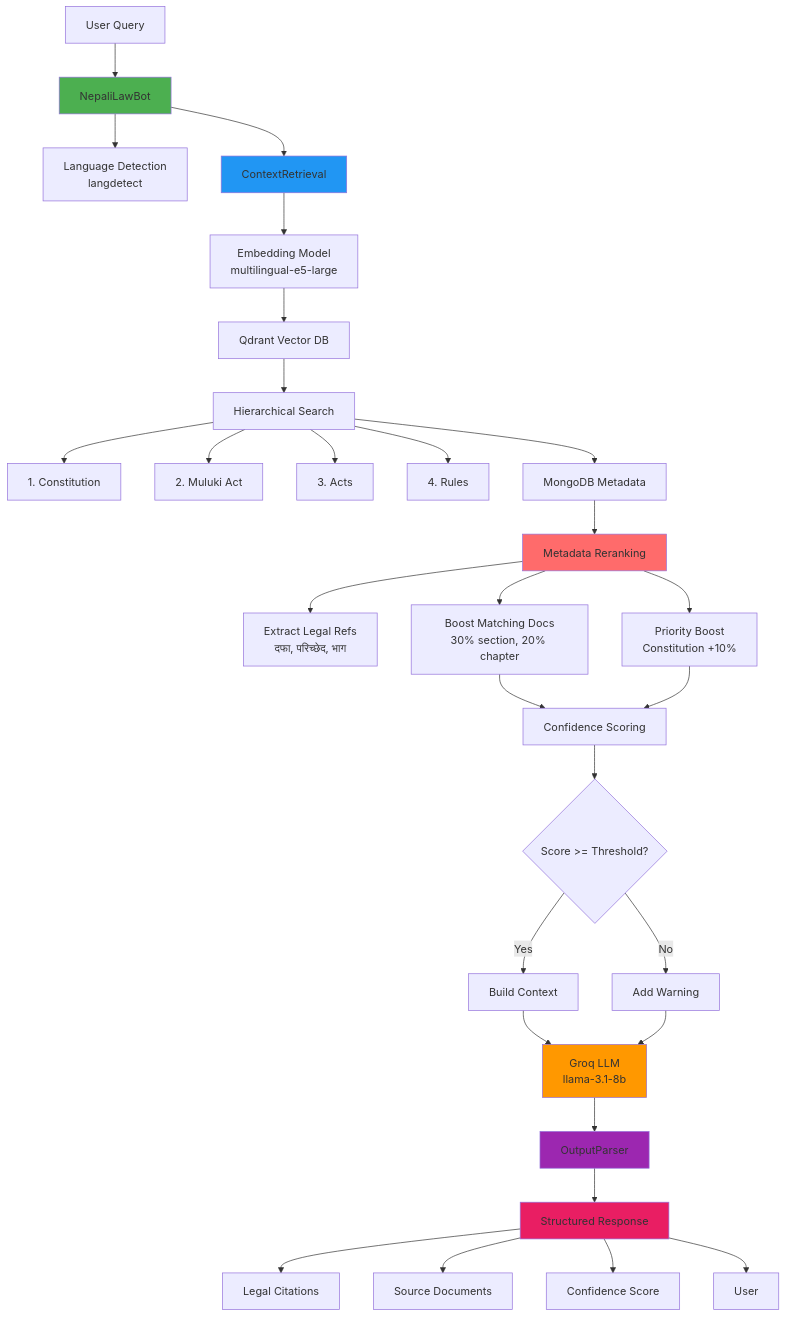
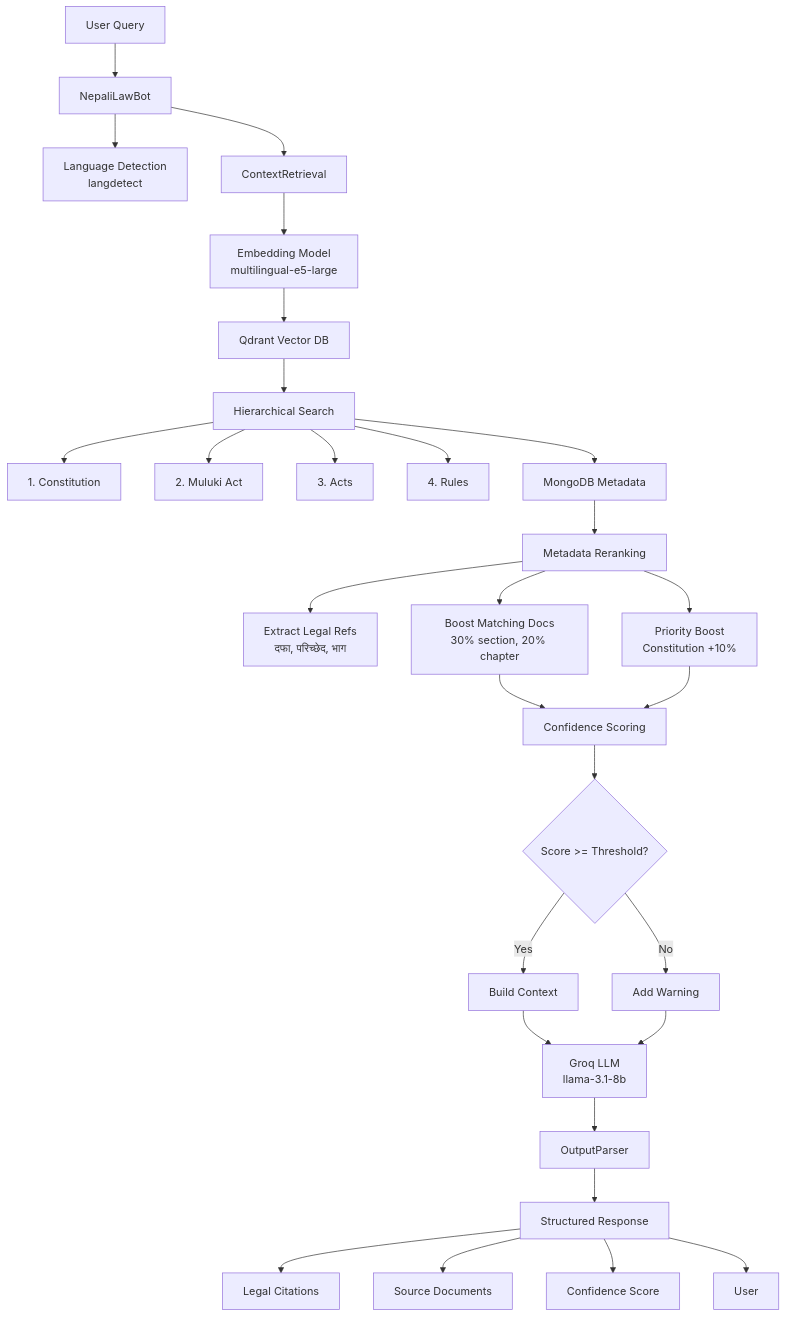
One commit to sanskar800/Nepali-Legal-Assistant-RAG-System-for-Nepal-s-Laws changed the diagram in README.md. Above: the diagram before and after it, drawn with Mermaid. The commit also changed other lines of this file and 1 other file, not shown here.

Commit message:
chore: remove `legalbot.ipynb` and simplify `README.md` title and diagram styling.

````diff
--- a/README.md
+++ b/README.md
@@ -16,47 +16,39 @@
 ```mermaid
 graph TB
     A[User Query] --> B[NepaliLawBot]
     B --> C[Language Detection<br/>langdetect]
     B --> D[ContextRetrieval]
     
     D --> E[Embedding Model<br/>multilingual-e5-large]
     E --> F[Qdrant Vector DB]
     
     F --> G[Hierarchical Search]
     G --> G1[1. Constitution]
     G --> G2[2. Muluki Act]
     G --> G3[3. Acts]
     G --> G4[4. Rules]
     
     G --> H[MongoDB Metadata]
     H --> I[Metadata Reranking]
     
     I --> I1[Extract Legal Refs<br/>दफा, परिच्छेद, भाग]
     I --> I2[Boost Matching Docs<br/>30% section, 20% chapter]
     I --> I3[Priority Boost<br/>Constitution +10%]
     
     I2 --> J[Confidence Scoring]
     I3 --> J
     
     J --> K{Score >= Threshold?}
     K -->|Yes| L[Build Context]
     K -->|No| M[Add Warning]
     
     L --> N[Groq LLM<br/>llama-3.1-8b]
     M --> N
     
     N --> O[OutputParser]
     O --> P[Structured Response]
     P --> P1[Legal Citations]
     P --> P2[Source Documents]
     P --> P3[Confidence Score]
-    
-    P --> Q[User]
-    
-    style B fill:#4CAF50
-    style D fill:#2196F3
-    style I fill:#FF6B6B
-    style N fill:#FF9800
-    style O fill:#9C27B0
-    style P fill:#E91E63
+        P --> Q[User]
 ```
````
